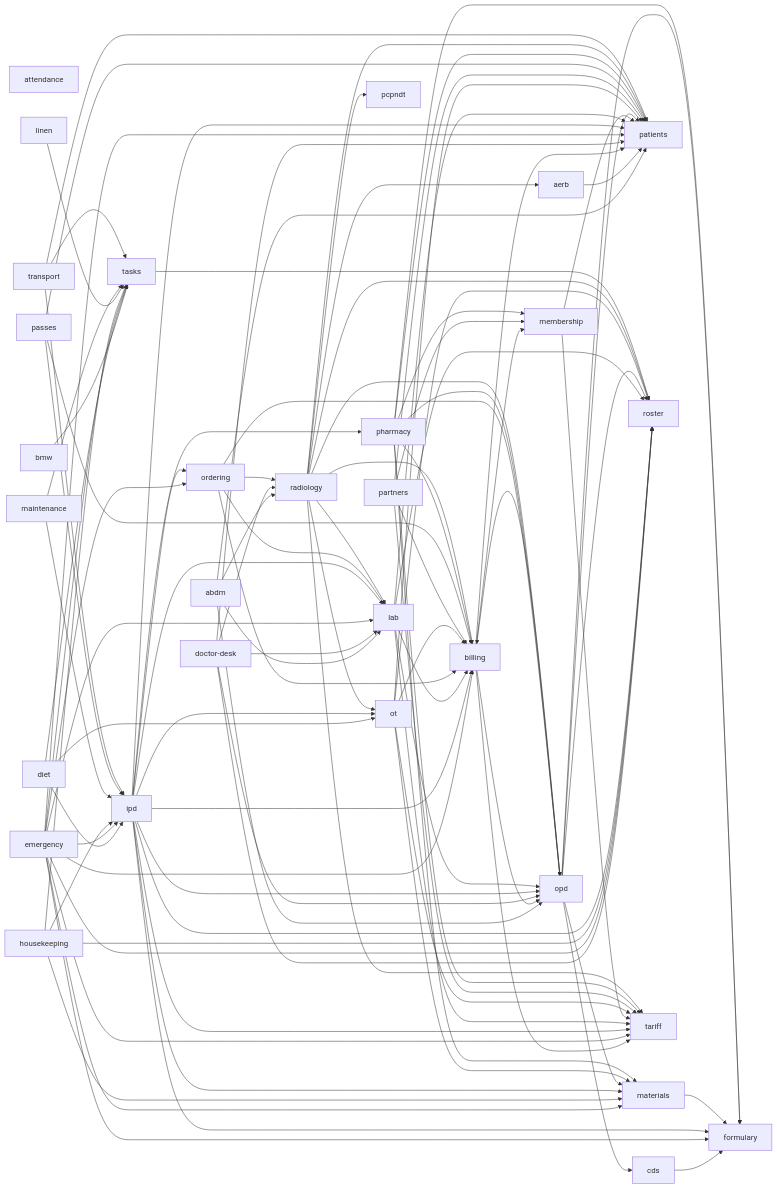
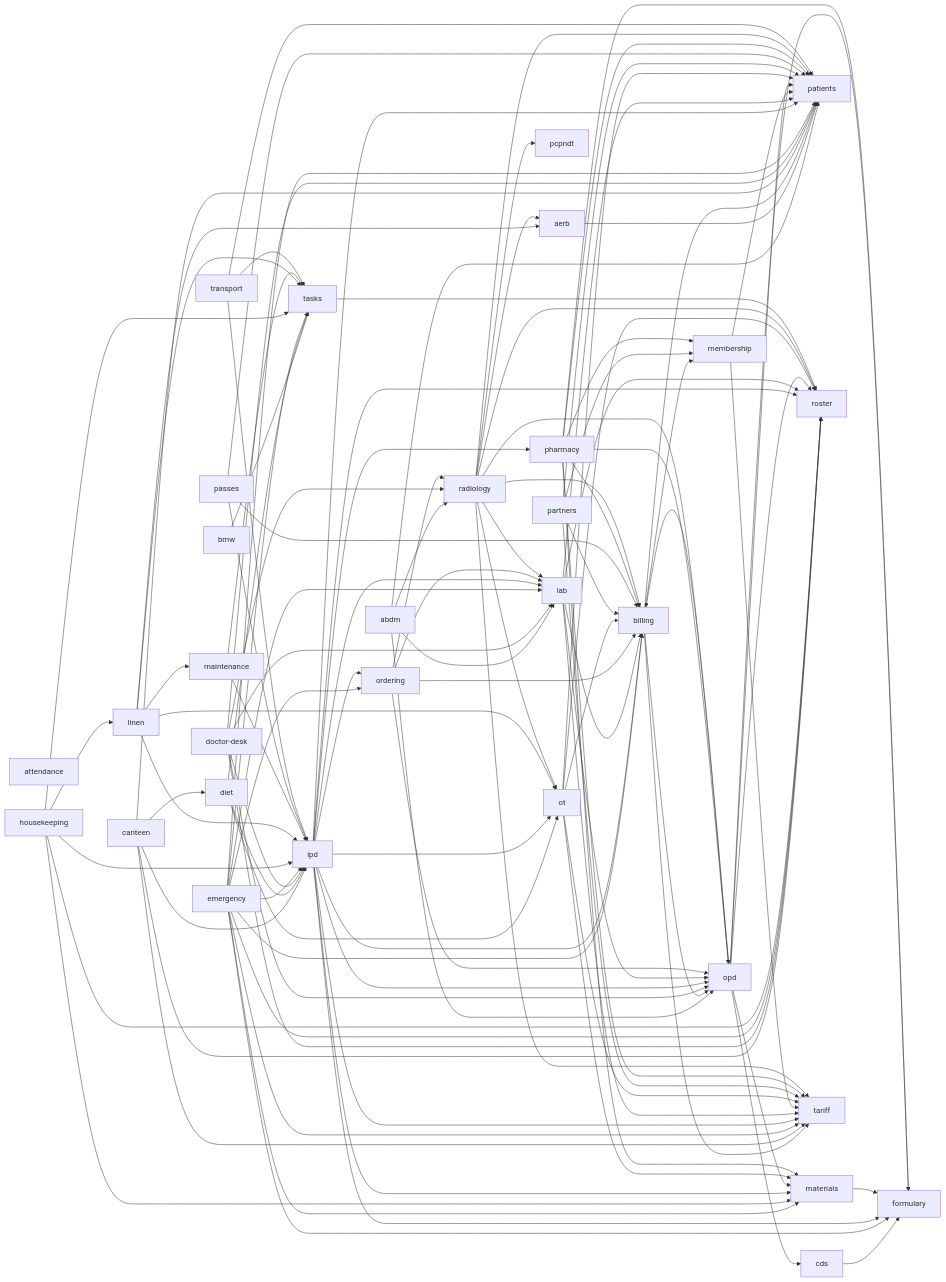
One commit to ankits3a/hims-hmis changed the second of 2 diagrams in docs/architecture/README.md. Above: the diagram before and after it, drawn with Mermaid. The commit also changed other lines of this file and 5 other files, not shown here.

Commit message:
staging-only: regenerate the architecture map and decisions index after the seven lane merges

```diff
--- a/docs/architecture/README.md
+++ b/docs/architecture/README.md
@@ -35,6 +35,7 @@
   attendance[attendance]
   billing[billing]
   bmw[bmw]
+  canteen[canteen]
   cds[cds]
   diet[diet]
   doctor_desk[doctor-desk]
@@ -70,10 +71,16 @@
   billing --> patients
   billing --> tariff
   bmw --> tasks
+  canteen --> diet
+  canteen --> ipd
+  canteen --> patients
+  canteen --> roster
+  canteen --> tariff
   cds --> formulary
   diet --> ipd
   diet --> ot
   diet --> tasks
+  doctor_desk --> ipd
   doctor_desk --> lab
   doctor_desk --> opd
   doctor_desk --> patients
@@ -90,6 +97,7 @@
   emergency --> tariff
   emergency --> tasks
   housekeeping --> ipd
+  housekeeping --> linen
   housekeeping --> materials
   housekeeping --> roster
   housekeeping --> tasks
@@ -109,6 +117,10 @@
   lab --> patients
   lab --> roster
   lab --> tariff
+  linen --> aerb
+  linen --> ipd
+  linen --> maintenance
+  linen --> ot
   linen --> tasks
   maintenance --> ipd
   maintenance --> tasks
```
